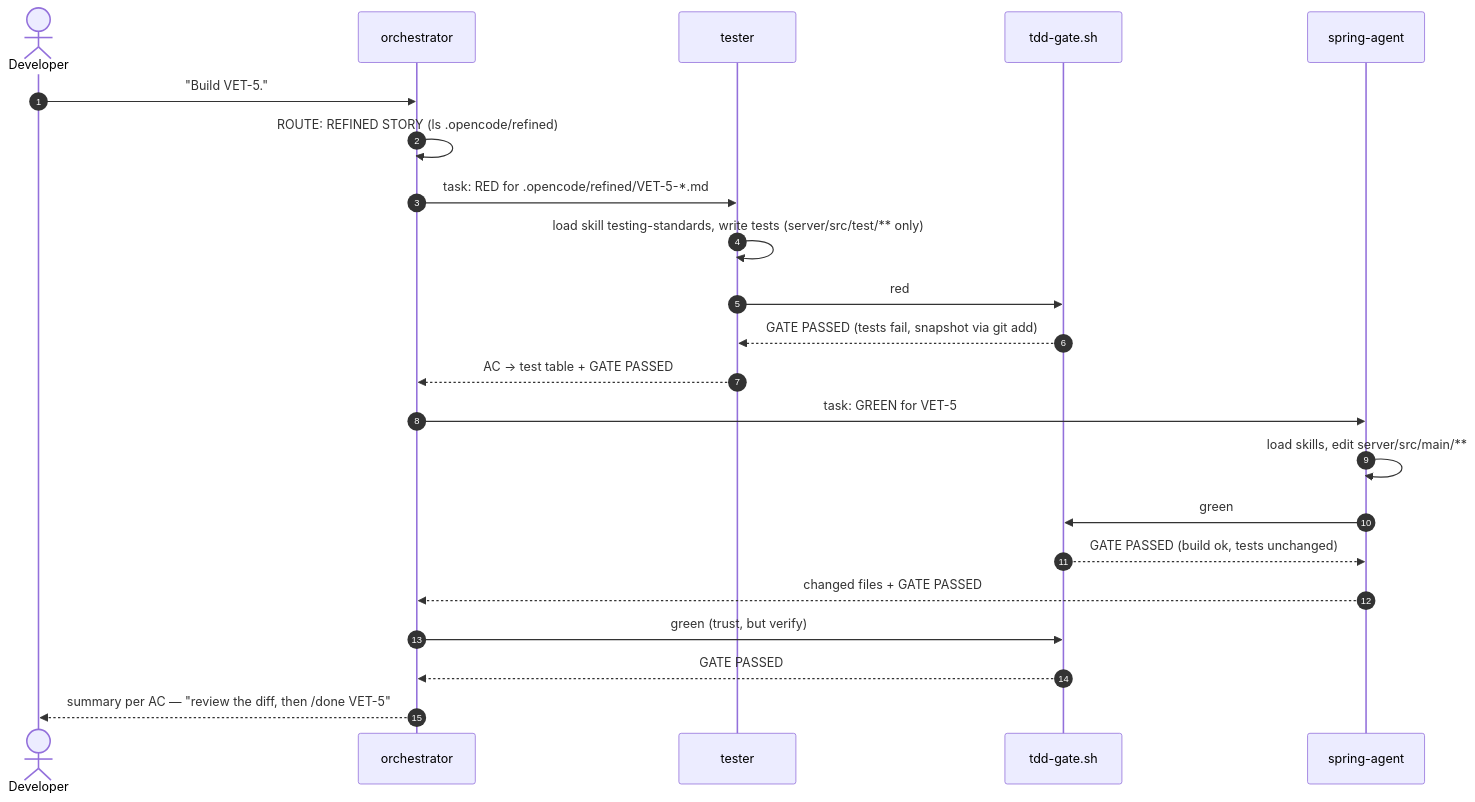
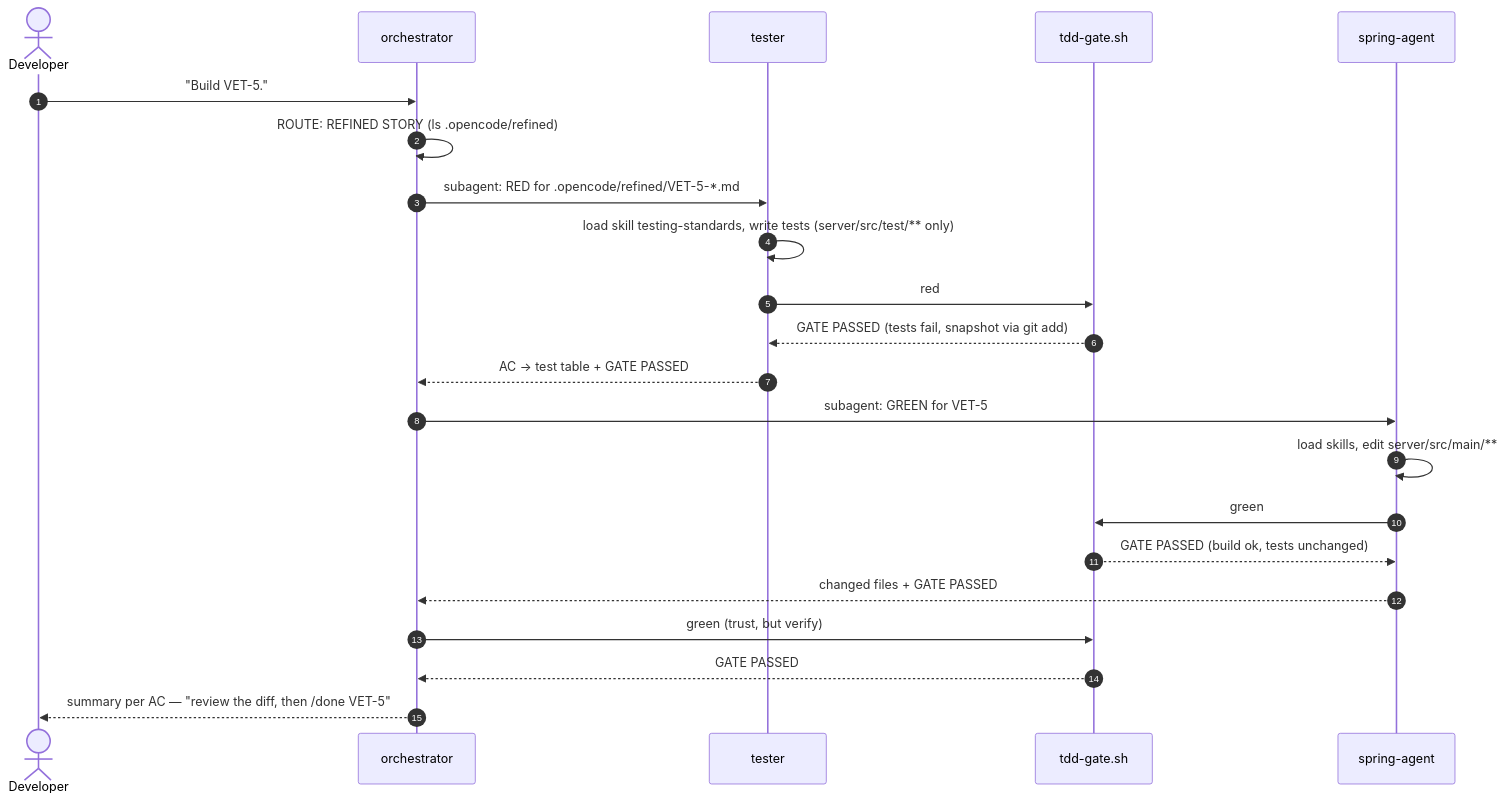
The diagram in diagrams/orchestrator-sequence.mmd (dnvriend/hyperdeveloper-advanced-pilot-presentation), drawn with Mermaid before and after one commit. The commit also changed 2 other files, not shown here.

Commit message:
chore(opencode-v2): update deck slides and sequence diagram for OpenCode v2

```diff
--- a/diagrams/orchestrator-sequence.mmd
+++ b/diagrams/orchestrator-sequence.mmd
@@ -1,22 +1,22 @@
 sequenceDiagram
     autonumber
     actor Dev as Developer
     participant O as orchestrator
     participant T as tester
     participant G as tdd-gate.sh
     participant S as spring-agent
     Dev->>O: "Build VET-5."
     O->>O: ROUTE: REFINED STORY (ls .opencode/refined)
-    O->>T: task: RED for .opencode/refined/VET-5-*.md
+    O->>T: subagent: RED for .opencode/refined/VET-5-*.md
     T->>T: load skill testing-standards, write tests (server/src/test/** only)
     T->>G: red
     G-->>T: GATE PASSED (tests fail, snapshot via git add)
     T-->>O: AC → test table + GATE PASSED
-    O->>S: task: GREEN for VET-5
+    O->>S: subagent: GREEN for VET-5
     S->>S: load skills, edit server/src/main/**
     S->>G: green
     G-->>S: GATE PASSED (build ok, tests unchanged)
     S-->>O: changed files + GATE PASSED
     O->>G: green (trust, but verify)
     G-->>O: GATE PASSED
     O-->>Dev: summary per AC — "review the diff, then /done VET-5"
```
